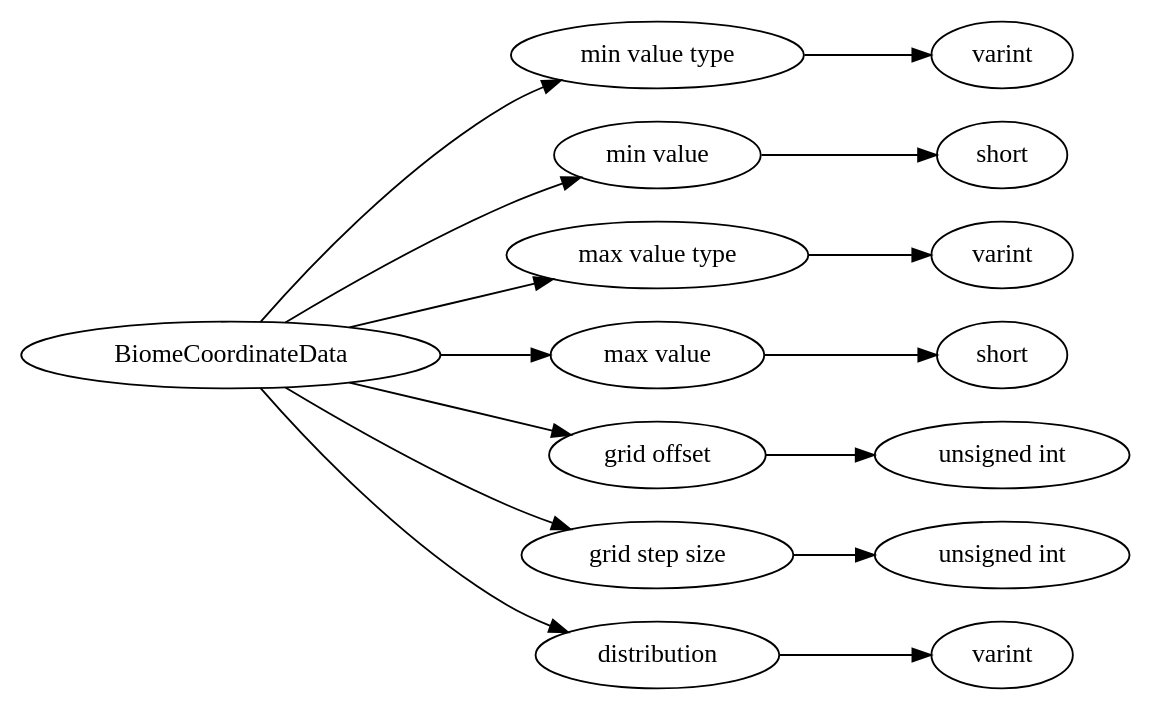
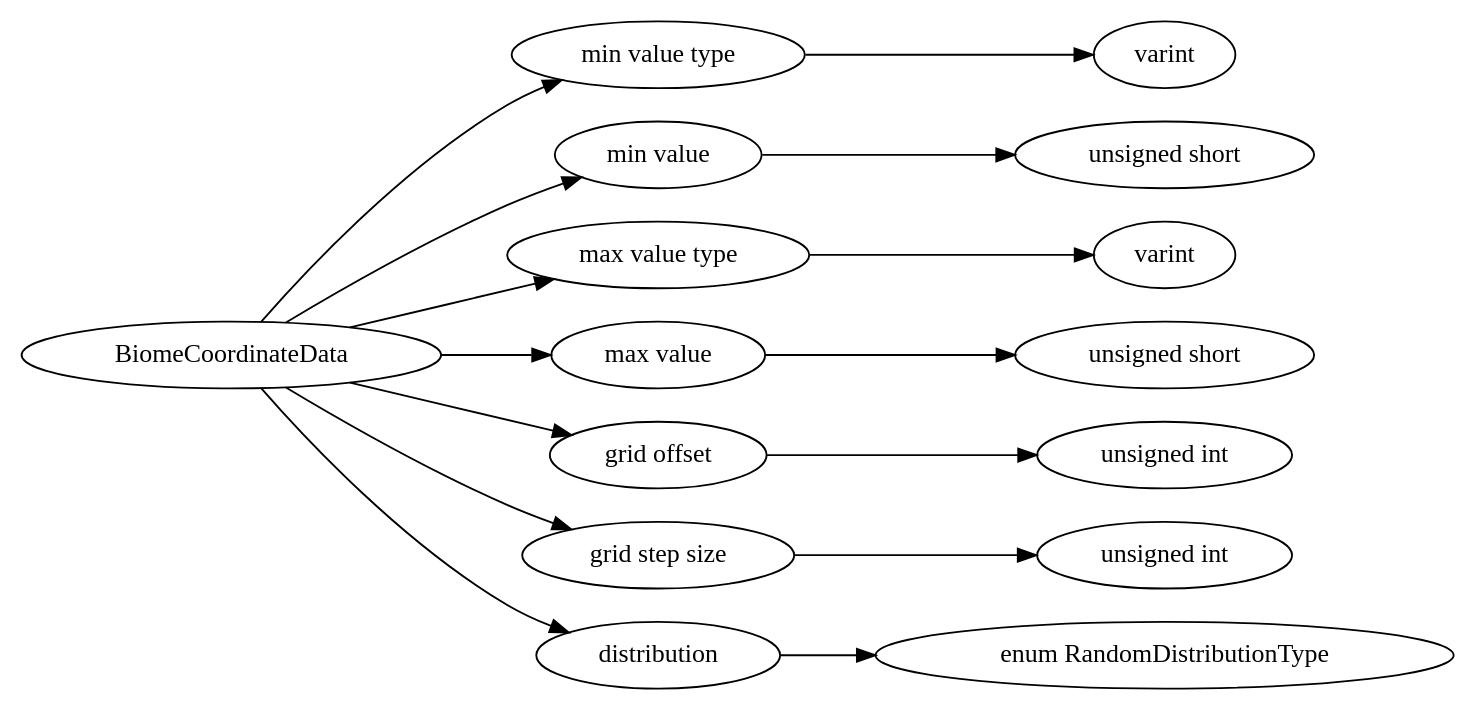
One commit to Mojang/bedrock-protocol-docs changed the diagram in dot/BiomeCoordinateData.dot. Above: the diagram before and after it, drawn with Graphviz. The commit also changed 806 other files, not shown here.

```diff
--- a/dot/BiomeCoordinateData.dot
+++ b/dot/BiomeCoordinateData.dot
@@ -1,36 +1,36 @@
 digraph "BiomeCoordinateData" {
 rankdir = LR
-86
-86 -> 87
-87 -> 88
-86 -> 89
-89 -> 90
-86 -> 91
-91 -> 92
-86 -> 93
-93 -> 94
-86 -> 95
-95 -> 96
-86 -> 97
-97 -> 98
-86 -> 99
-99 -> 100
+0
+0 -> 1
+1 -> 2
+0 -> 3
+3 -> 4
+0 -> 5
+5 -> 6
+0 -> 7
+7 -> 8
+0 -> 9
+9 -> 10
+0 -> 11
+11 -> 12
+0 -> 13
+13 -> 14
 
-86 [label="BiomeCoordinateData",comment="name: \"BiomeCoordinateData\", typeName: \"\", id: 86, branchId: 0, recurseId: -1, attributes: 0, notes: \"\""];
-87 [label="min value type",comment="name: \"min value type\", typeName: \"\", id: 87, branchId: 0, recurseId: -1, attributes: 0, notes: \"\""];
-88 [label="varint",comment="name: \"varint\", typeName: \"\", id: 88, branchId: 0, recurseId: -1, attributes: 512, notes: \"\""];
-89 [label="min value",comment="name: \"min value\", typeName: \"short\", id: 89, branchId: 0, recurseId: -1, attributes: 256, notes: \"\""];
-90 [label="short",comment="name: \"short\", typeName: \"\", id: 90, branchId: 0, recurseId: -1, attributes: 512, notes: \"\""];
-91 [label="max value type",comment="name: \"max value type\", typeName: \"\", id: 91, branchId: 0, recurseId: -1, attributes: 0, notes: \"\""];
-92 [label="varint",comment="name: \"varint\", typeName: \"\", id: 92, branchId: 0, recurseId: -1, attributes: 512, notes: \"\""];
-93 [label="max value",comment="name: \"max value\", typeName: \"short\", id: 93, branchId: 0, recurseId: -1, attributes: 256, notes: \"\""];
-94 [label="short",comment="name: \"short\", typeName: \"\", id: 94, branchId: 0, recurseId: -1, attributes: 512, notes: \"\""];
-95 [label="grid offset",comment="name: \"grid offset\", typeName: \"\", id: 95, branchId: 0, recurseId: -1, attributes: 0, notes: \"\""];
-96 [label="unsigned int",comment="name: \"unsigned int\", typeName: \"\", id: 96, branchId: 0, recurseId: -1, attributes: 512, notes: \"\""];
-97 [label="grid step size",comment="name: \"grid step size\", typeName: \"\", id: 97, branchId: 0, recurseId: -1, attributes: 0, notes: \"\""];
-98 [label="unsigned int",comment="name: \"unsigned int\", typeName: \"\", id: 98, branchId: 0, recurseId: -1, attributes: 512, notes: \"\""];
-99 [label="distribution",comment="name: \"distribution\", typeName: \"\", id: 99, branchId: 0, recurseId: -1, attributes: 0, notes: \"\""];
-100 [label="varint",comment="name: \"varint\", typeName: \"\", id: 100, branchId: 0, recurseId: -1, attributes: 512, notes: \"\""];
-{ rank = max;88;90;92;94;96;98;100}
+0 [label="BiomeCoordinateData",comment="name: \"BiomeCoordinateData\", typeName: \"\", id: 0, branchId: 0, recurseId: -1, attributes: 0, notes: \"\""];
+1 [label="min value type",comment="name: \"min value type\", typeName: \"\", id: 1, branchId: 0, recurseId: -1, attributes: 0, notes: \"\""];
+2 [label="varint",comment="name: \"varint\", typeName: \"\", id: 2, branchId: 0, recurseId: -1, attributes: 512, notes: \"\""];
+3 [label="min value",comment="name: \"min value\", typeName: \"\", id: 3, branchId: 0, recurseId: -1, attributes: 0, notes: \"\""];
+4 [label="unsigned short",comment="name: \"unsigned short\", typeName: \"\", id: 4, branchId: 0, recurseId: -1, attributes: 512, notes: \"\""];
+5 [label="max value type",comment="name: \"max value type\", typeName: \"\", id: 5, branchId: 0, recurseId: -1, attributes: 0, notes: \"\""];
+6 [label="varint",comment="name: \"varint\", typeName: \"\", id: 6, branchId: 0, recurseId: -1, attributes: 512, notes: \"\""];
+7 [label="max value",comment="name: \"max value\", typeName: \"\", id: 7, branchId: 0, recurseId: -1, attributes: 0, notes: \"\""];
+8 [label="unsigned short",comment="name: \"unsigned short\", typeName: \"\", id: 8, branchId: 0, recurseId: -1, attributes: 512, notes: \"\""];
+9 [label="grid offset",comment="name: \"grid offset\", typeName: \"\", id: 9, branchId: 0, recurseId: -1, attributes: 0, notes: \"\""];
+10 [label="unsigned int",comment="name: \"unsigned int\", typeName: \"\", id: 10, branchId: 0, recurseId: -1, attributes: 512, notes: \"\""];
+11 [label="grid step size",comment="name: \"grid step size\", typeName: \"\", id: 11, branchId: 0, recurseId: -1, attributes: 0, notes: \"\""];
+12 [label="unsigned int",comment="name: \"unsigned int\", typeName: \"\", id: 12, branchId: 0, recurseId: -1, attributes: 512, notes: \"\""];
+13 [label="distribution",comment="name: \"distribution\", typeName: \"\", id: 13, branchId: 0, recurseId: -1, attributes: 0, notes: \"\""];
+14 [label="enum RandomDistributionType",comment="name: \"enum RandomDistributionType\", typeName: \"\", id: 14, branchId: 0, recurseId: -1, attributes: 512, notes: \"\""];
+{ rank = max;2;4;6;8;10;12;14}
 
 }
```
